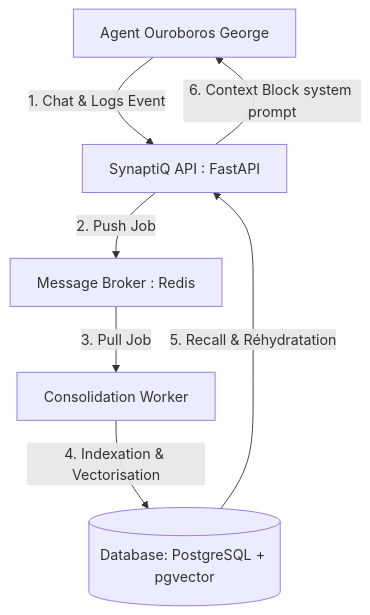
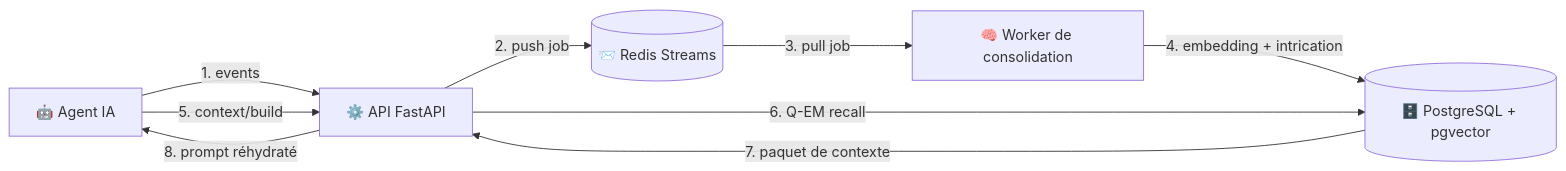
The diagram in README.md (Jimmyjoe13/synaptiq), drawn with Mermaid before and after one commit. The commit also changed other lines of this file, not shown here.

First line of the commit message:
docs: README pro (badges, Q-EM vs RAG, moteur en 4 phases, roadmap)

````diff
--- a/README.md
+++ b/README.md
@@ -21,9 +96,11 @@
 ```mermaid
-graph TD
-    Agent[Agent Ouroboros George] -->|1. Chat & Logs Event| API[SynaptiQ API : FastAPI]
-    API -->|2. Push Job| Redis[Message Broker : Redis]
-    Redis -->|3. Pull Job| Worker[Consolidation Worker]
-    Worker -->|4. Indexation & Vectorisation| DB[(Database: PostgreSQL + pgvector)]
-    DB -->|5. Recall & Réhydratation| API
-    API -->|6. Context Block system prompt| Agent
+graph LR
+    A[🤖 Agent IA] -->|1. events| API[⚙️ API FastAPI]
+    API -->|2. push job| R[(📨 Redis Streams)]
+    R -->|3. pull job| W[🧠 Worker de consolidation]
+    W -->|4. embedding + intrication| DB[(🗄️ PostgreSQL + pgvector)]
+    A -->|5. context/build| API
+    API -->|6. Q-EM recall| DB
+    DB -->|7. paquet de contexte| API
+    API -->|8. prompt réhydraté| A
 ```
````
